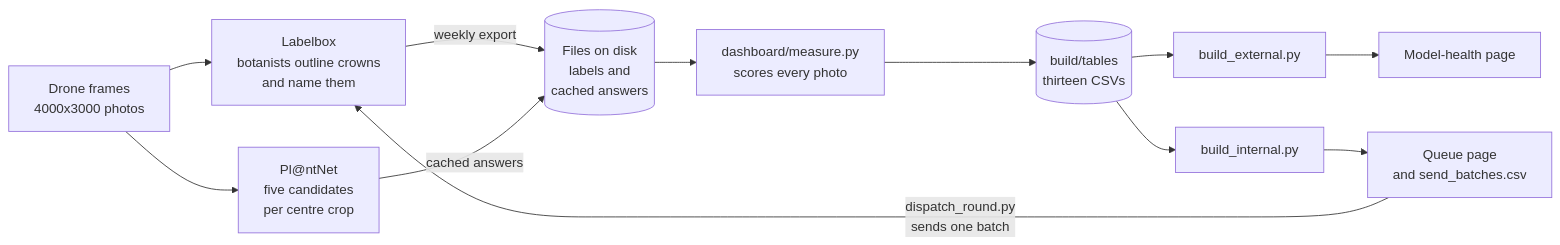
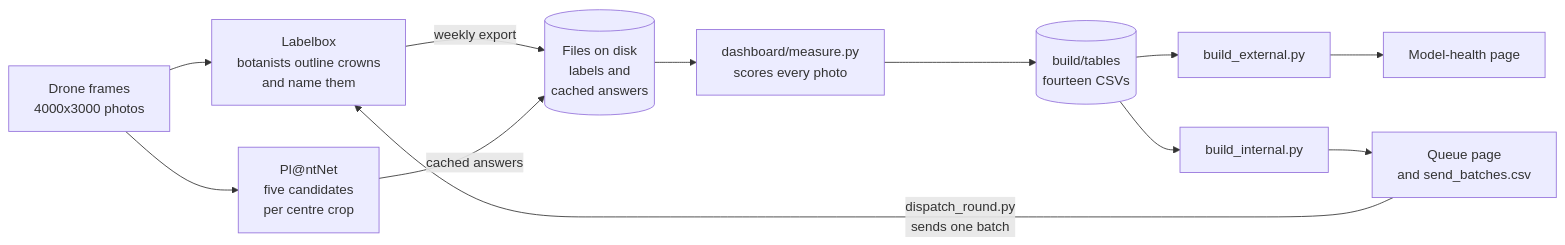
The diagram in diagrams/pipeline.mmd (traitlab/bci-dashboard), drawn with Mermaid before and after one commit. The commit also changed 14 other files, not shown here.

```diff
--- a/diagrams/pipeline.mmd
+++ b/diagrams/pipeline.mmd
@@ -1,11 +1,11 @@
 flowchart LR
     frames["Drone frames<br/>4000x3000 photos"]
     frames --> lb["Labelbox<br/>botanists outline crowns<br/>and name them"]
     frames --> pn["Pl@ntNet<br/>five candidates<br/>per centre crop"]
     lb -- "weekly export" --> disk[("Files on disk<br/>labels and<br/>cached answers")]
     pn -- "cached answers" --> disk
     disk --> measure["dashboard/measure.py<br/>scores every photo"]
-    measure --> tables[("build/tables<br/>thirteen CSVs")]
+    measure --> tables[("build/tables<br/>fourteen CSVs")]
     tables --> ext["build_external.py"] --> health["Model-health page"]
     tables --> int["build_internal.py"] --> queue["Queue page<br/>and send_batches.csv"]
     queue -- "dispatch_round.py<br/>sends one batch" --> lb
```
